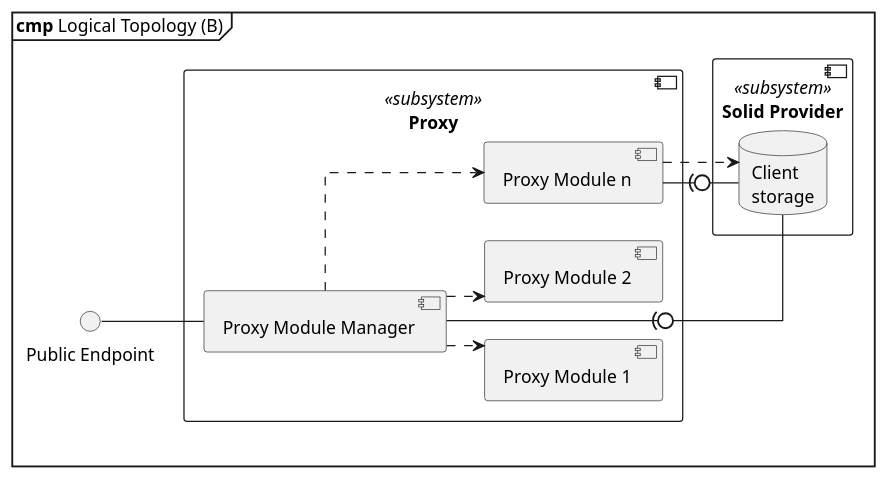
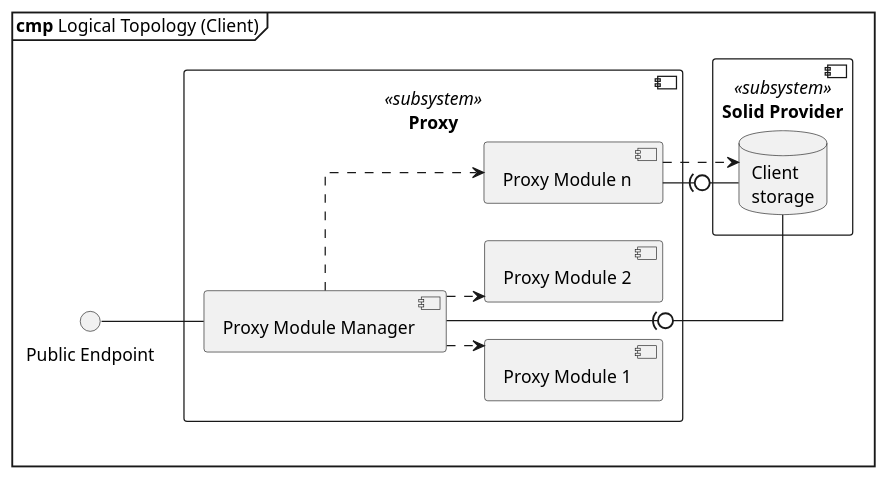
Before and after one commit to guddii/SEACT: the diagram in docs/resources/diagrams/cmp_Logical_Topology_B.puml, drawn with PlantUML. The commit also changed 7557 other files, not shown here.

```diff
--- a/docs/resources/diagrams/cmp_Logical_Topology_B.puml
+++ b/docs/resources/diagrams/cmp_Logical_Topology_B.puml
@@ -1,24 +1,24 @@
 @startuml Logical_Topology_B
 left to right direction
 skinparam linetype ortho
 skinparam nodesep 30
 skinparam ranksep 30
-mainframe **cmp** Logical Topology (B)
+mainframe **cmp** Logical Topology (Client)
 interface "Public Endpoint" as PE
 component "Proxy" as proxy <<subsystem>>{
     component "Proxy Module Manager" as MM
     component "Proxy Module 1" as M1
     component "Proxy Module 2" as M2
     component "Proxy Module n" as MN
 }
 component "Solid Provider" as P <<subsystem>>{
     database "Client\nstorage" as CU
 }
 PE -- MM
 MM ..> M1
 MM ..> M2
 MM ..> MN
 MM -(0- CU
 MN -(0- CU
 MN ..> CU
 @enduml
```
